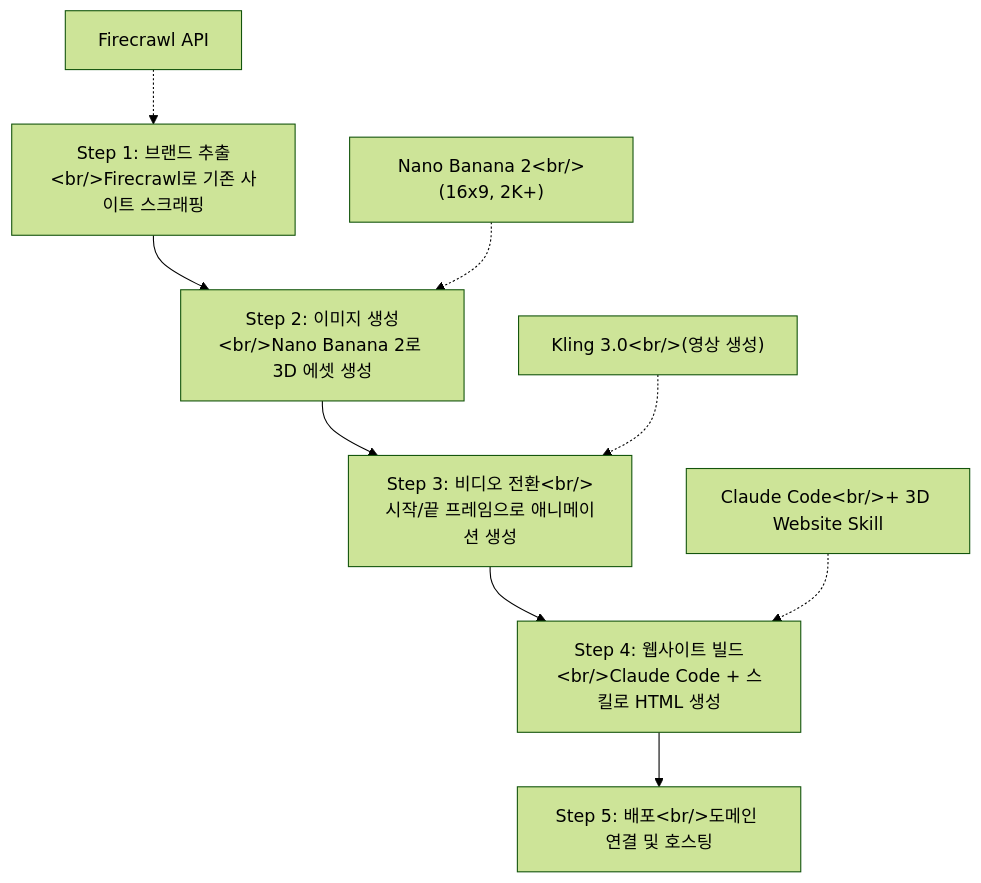
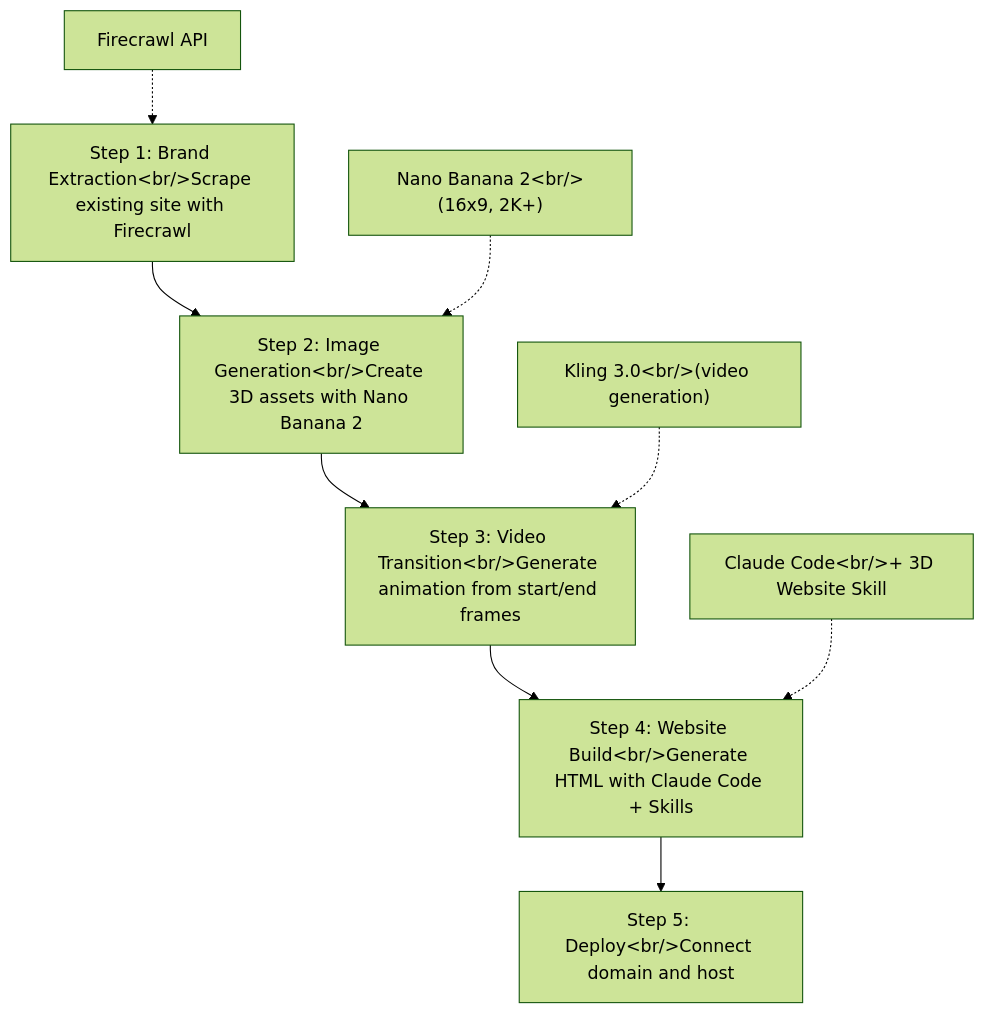
Before and after one commit to ice-ice-bear/ice-ice-bear.github.io: the second of 2 diagrams in content/en/posts/2026-04-02-turboquant-plit.md, drawn with Mermaid (forest theme). The commit also changed other lines of this file and 23 other files, not shown here.

````diff
--- a/content/en/posts/2026-04-02-turboquant-plit.md
+++ b/content/en/posts/2026-04-02-turboquant-plit.md
@@ -83,12 +83,12 @@
 ```mermaid
 flowchart TD
-    S1["Step 1: 브랜드 추출&lt;br/&gt;Firecrawl로 기존 사이트 스크래핑"] --> S2["Step 2: 이미지 생성&lt;br/&gt;Nano Banana 2로 3D 에셋 생성"]
-    S2 --> S3["Step 3: 비디오 전환&lt;br/&gt;시작/끝 프레임으로 애니메이션 생성"]
-    S3 --> S4["Step 4: 웹사이트 빌드&lt;br/&gt;Claude Code + 스킬로 HTML 생성"]
-    S4 --> S5["Step 5: 배포&lt;br/&gt;도메인 연결 및 호스팅"]
+    S1["Step 1: Brand Extraction&lt;br/&gt;Scrape existing site with Firecrawl"] --> S2["Step 2: Image Generation&lt;br/&gt;Create 3D assets with Nano Banana 2"]
+    S2 --> S3["Step 3: Video Transition&lt;br/&gt;Generate animation from start/end frames"]
+    S3 --> S4["Step 4: Website Build&lt;br/&gt;Generate HTML with Claude Code + Skills"]
+    S4 --> S5["Step 5: Deploy&lt;br/&gt;Connect domain and host"]
     
     T1["Firecrawl API"] -.-> S1
     T2["Nano Banana 2&lt;br/&gt;(16x9, 2K+)"] -.-> S2
-    T3["Kling 3.0&lt;br/&gt;(영상 생성)"] -.-> S3
+    T3["Kling 3.0&lt;br/&gt;(video generation)"] -.-> S3
     T4["Claude Code&lt;br/&gt;+ 3D Website Skill"] -.-> S4
 ```
````
